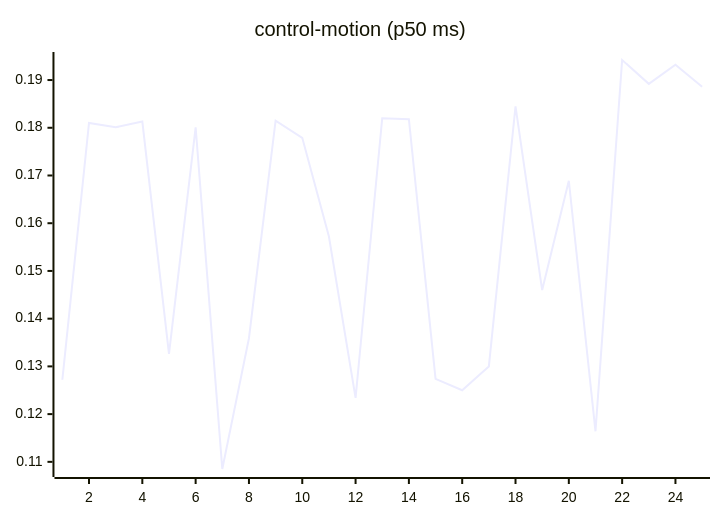
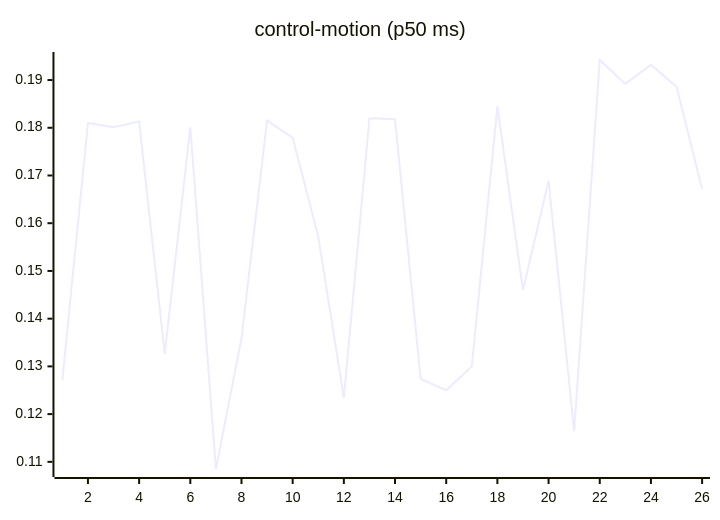
Before and after one commit to josha/Facet: the seventh of 27 diagrams in README.md, drawn with Mermaid. The commit also changed other lines of this file and 2 other files, not shown here.

````diff
--- a/README.md
+++ b/README.md
@@ -105,6 +105,6 @@
 ```mermaid
 xychart-beta
     title "control-motion (p50 ms)"
-    x-axis 1 --> 25
-    line [0.1272, 0.1810, 0.1801, 0.1813, 0.1326, 0.1801, 0.1085, 0.1359, 0.1815, 0.1779, 0.1572, 0.1234, 0.1820, 0.1818, 0.1274, 0.1250, 0.1300, 0.1845, 0.1460, 0.1689, 0.1164, 0.1942, 0.1892, 0.1932, 0.1886]
+    x-axis 1 --> 26
+    line [0.1272, 0.1810, 0.1801, 0.1813, 0.1326, 0.1801, 0.1085, 0.1359, 0.1815, 0.1779, 0.1572, 0.1234, 0.1820, 0.1818, 0.1274, 0.1250, 0.1300, 0.1845, 0.1460, 0.1689, 0.1164, 0.1942, 0.1892, 0.1932, 0.1886, 0.1671]
 ```
````
